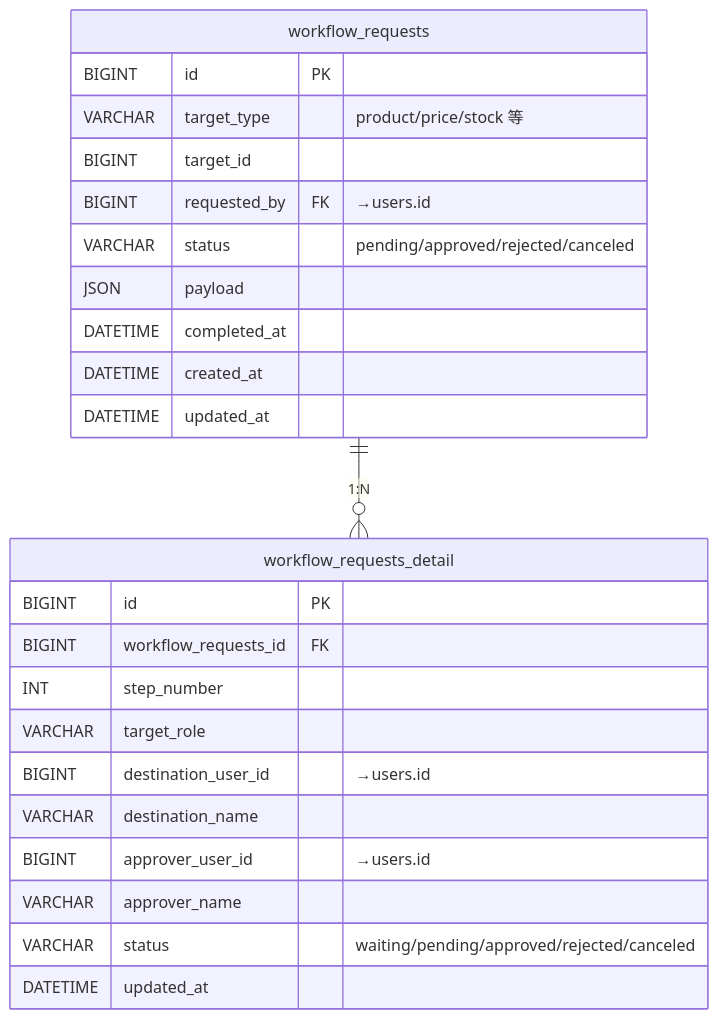
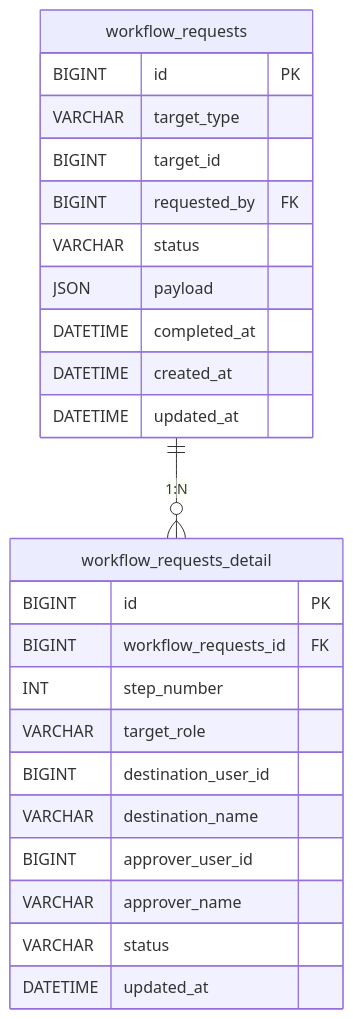
One commit to Tetsu0222/amazia changed the third of 5 diagrams in docs/database_design/ER_diagram.md. Above: the diagram before and after it, drawn with Mermaid. The commit also changed other lines of this file, not shown here.

Commit message:
ER図修正

````diff
--- a/docs/database_design/ER_diagram.md
+++ b/docs/database_design/ER_diagram.md
@@ -186,32 +186,32 @@
 ```mermaid
 erDiagram
     workflow_requests {
         BIGINT id PK
-        VARCHAR target_type "product/price/stock 等"
+        VARCHAR target_type
         BIGINT target_id
-        BIGINT requested_by FK "→users.id"
-        VARCHAR status "pending/approved/rejected/canceled"
+        BIGINT requested_by FK
+        VARCHAR status
         JSON payload
         DATETIME completed_at
         DATETIME created_at
         DATETIME updated_at
     }
 
     workflow_requests_detail {
         BIGINT id PK
         BIGINT workflow_requests_id FK
         INT step_number
         VARCHAR target_role
-        BIGINT destination_user_id "→users.id"
+        BIGINT destination_user_id
         VARCHAR destination_name
-        BIGINT approver_user_id "→users.id"
+        BIGINT approver_user_id
         VARCHAR approver_name
-        VARCHAR status "waiting/pending/approved/rejected/canceled"
+        VARCHAR status
         DATETIME updated_at
     }
 
     workflow_requests ||--o{ workflow_requests_detail : "1:N"
     %% users との関係（参考、users は §1 を参照）
     %% users ||--o{ workflow_requests : requested_by
     %% users ||--o{ workflow_requests_detail : destination_user_id / approver_user_id
 ```
````
